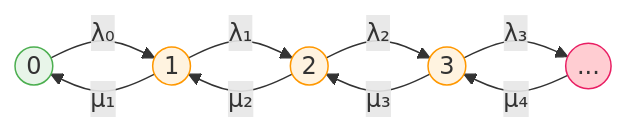
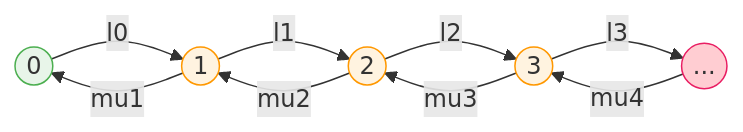
One commit to stareeg/simulation-modeling-notes changed the sixth of 6 diagrams in docs/06-queueing-intro.md. Above: the diagram before and after it, drawn with Mermaid. The commit also changed other lines of this file and 14 other files, not shown here.

````diff
--- a/docs/06-queueing-intro.md
+++ b/docs/06-queueing-intro.md
@@ -398,18 +420,18 @@
 ```mermaid
 flowchart LR
-    S0((0)) -->|"λ₀"| S1((1))
-    S1 -->|"λ₁"| S2((2))
-    S2 -->|"λ₂"| S3((3))
-    S3 -->|"λ₃"| S4(("..."))
+    S0((0)) -->|"l0"| S1((1))
+    S1 -->|"l1"| S2((2))
+    S2 -->|"l2"| S3((3))
+    S3 -->|"l3"| S4(("..."))
 
-    S1 -->|"μ₁"| S0
-    S2 -->|"μ₂"| S1
-    S3 -->|"μ₃"| S2
-    S4 -->|"μ₄"| S3
+    S1 -->|"mu1"| S0
+    S2 -->|"mu2"| S1
+    S3 -->|"mu3"| S2
+    S4 -->|"mu4"| S3
 
     style S0 fill:#e8f5e9,stroke:#4CAF50
     style S1 fill:#fff3e0,stroke:#FF9800
     style S2 fill:#fff3e0,stroke:#FF9800
     style S3 fill:#fff3e0,stroke:#FF9800
     style S4 fill:#ffcdd2,stroke:#E91E63
 ```
````
